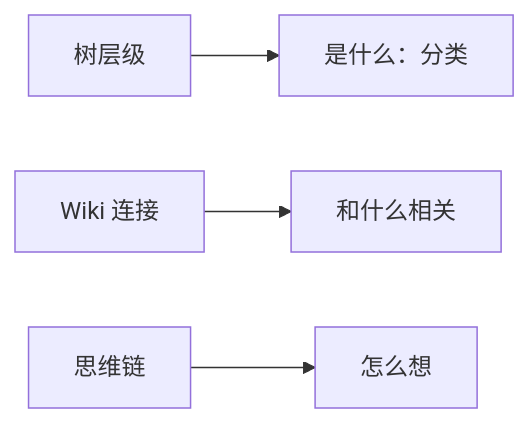
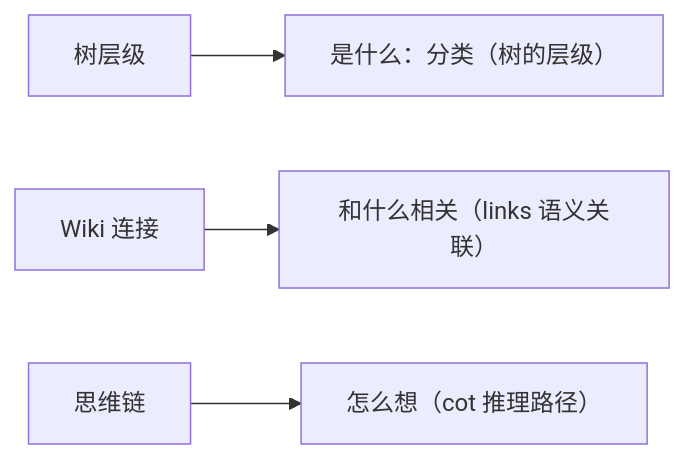
Before and after one commit to Baixiaodou/comm-knowledge-graph: the second of 8 diagrams in README.md, drawn with Mermaid. The commit also changed other lines of this file and 1 other file, not shown here.

````diff
--- a/README.md
+++ b/README.md
@@ -159,6 +142,6 @@
 ```mermaid
 flowchart LR
-    T[树层级] --> T1["是什么：分类"]
-    W[Wiki 连接] --> W1["和什么相关"]
-    C[思维链] --> C1["怎么想"]
+    T[树层级] --> T1["是什么：分类（树的层级）"]
+    W[Wiki 连接] --> W1["和什么相关（links 语义关联）"]
+    C[思维链] --> C1["怎么想（cot 推理路径）"]
 ```
````
